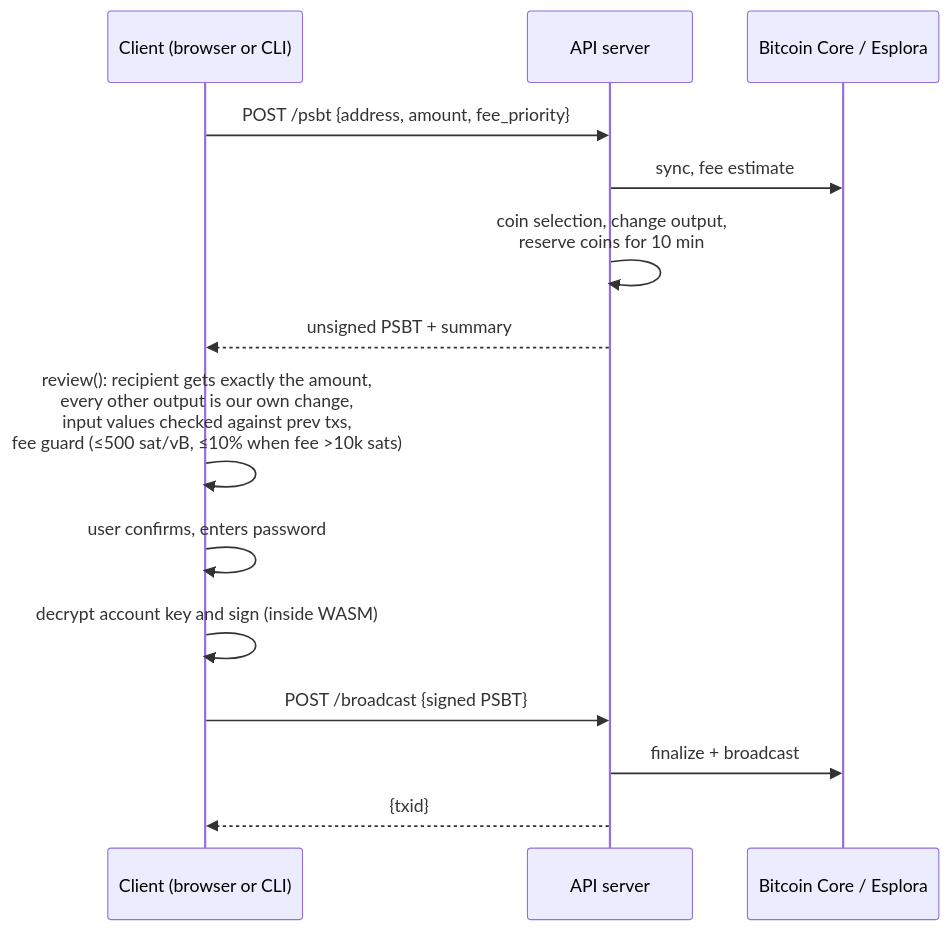
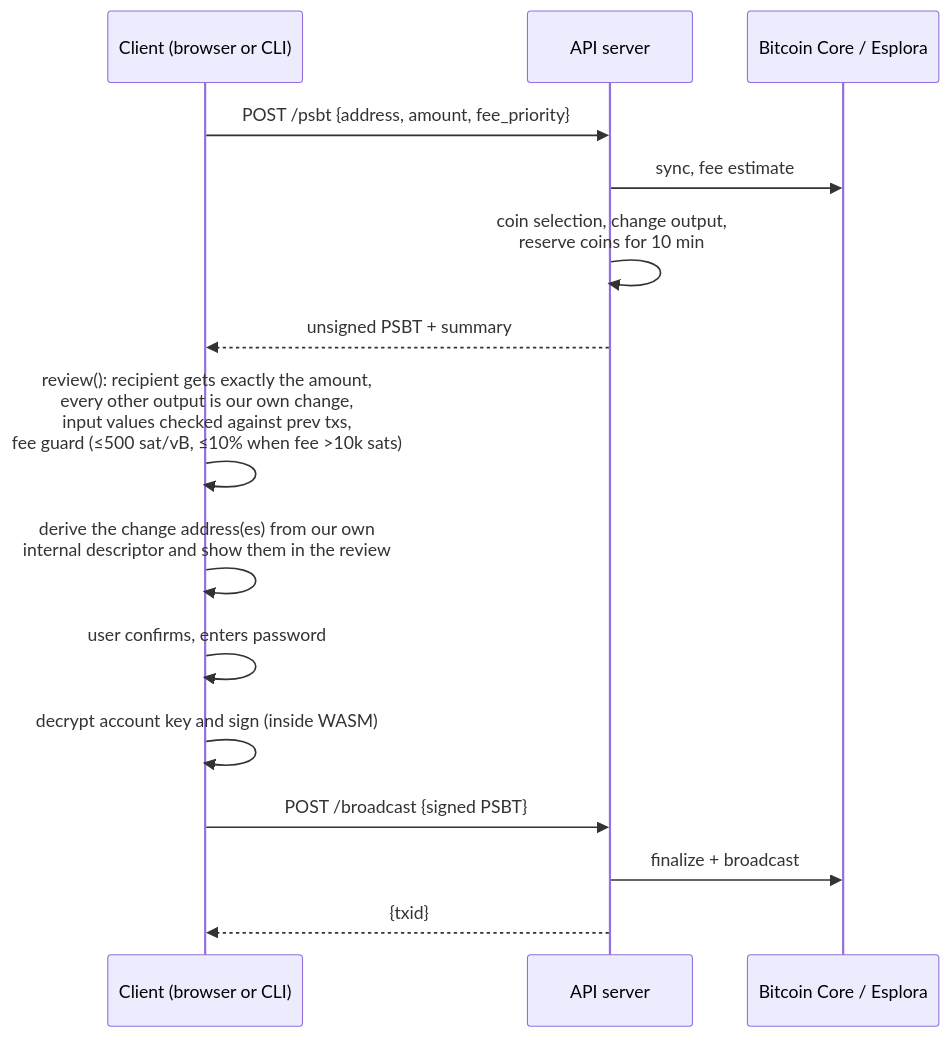
The third of 4 diagrams in architecture.md (yahia008/bitcoin-wallet), drawn with Mermaid before and after one commit. The commit also changed other lines of this file, not shown here.

Commit message:
architecture.md: transaction details, activity dates, change addresses in the review

````diff
--- a/architecture.md
+++ b/architecture.md
@@ -160,16 +163,17 @@
 ```mermaid
 sequenceDiagram
     participant B as Client (browser or CLI)
     participant S as API server
     participant C as Bitcoin Core / Esplora
     B->>S: POST /psbt {address, amount, fee_priority}
     S->>C: sync, fee estimate
     S->>S: coin selection, change output,<br/>reserve coins for 10 min
     S-->>B: unsigned PSBT + summary
     B->>B: review(): recipient gets exactly the amount,<br/>every other output is our own change,<br/>input values checked against prev txs,<br/>fee guard (≤500 sat/vB, ≤10% when fee >10k sats)
+    B->>B: derive the change address(es) from our own<br/>internal descriptor and show them in the review
     B->>B: user confirms, enters password
     B->>B: decrypt account key and sign (inside WASM)
     B->>S: POST /broadcast {signed PSBT}
     S->>C: finalize + broadcast
     S-->>B: {txid}
 ```
````
